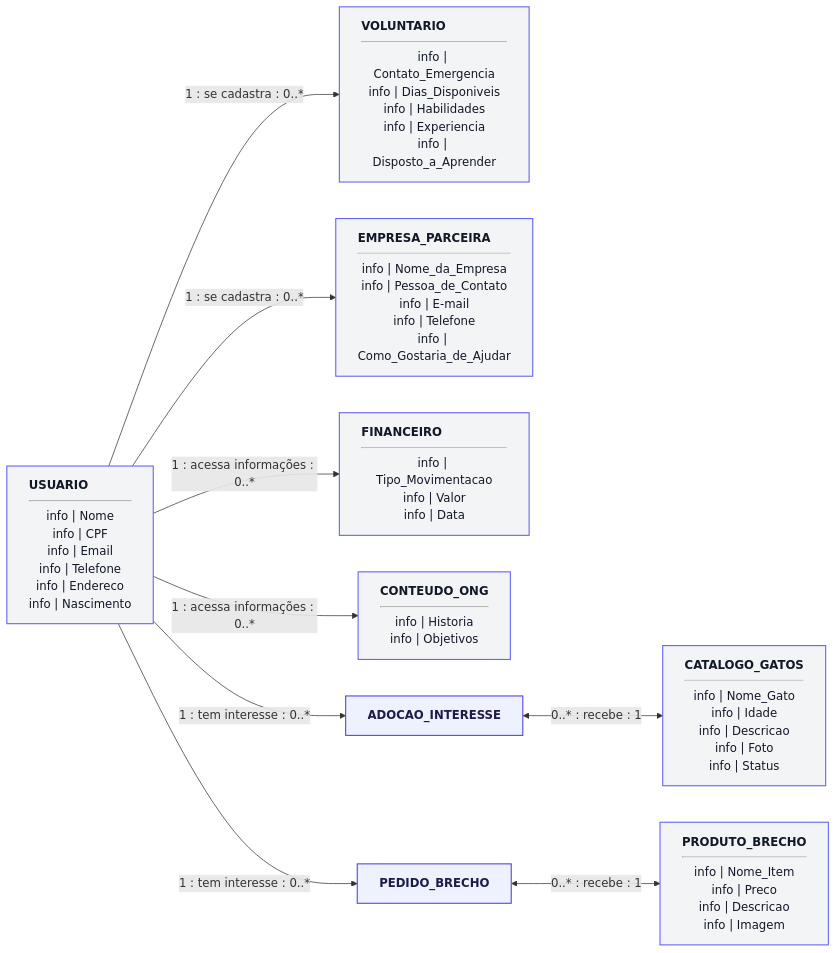
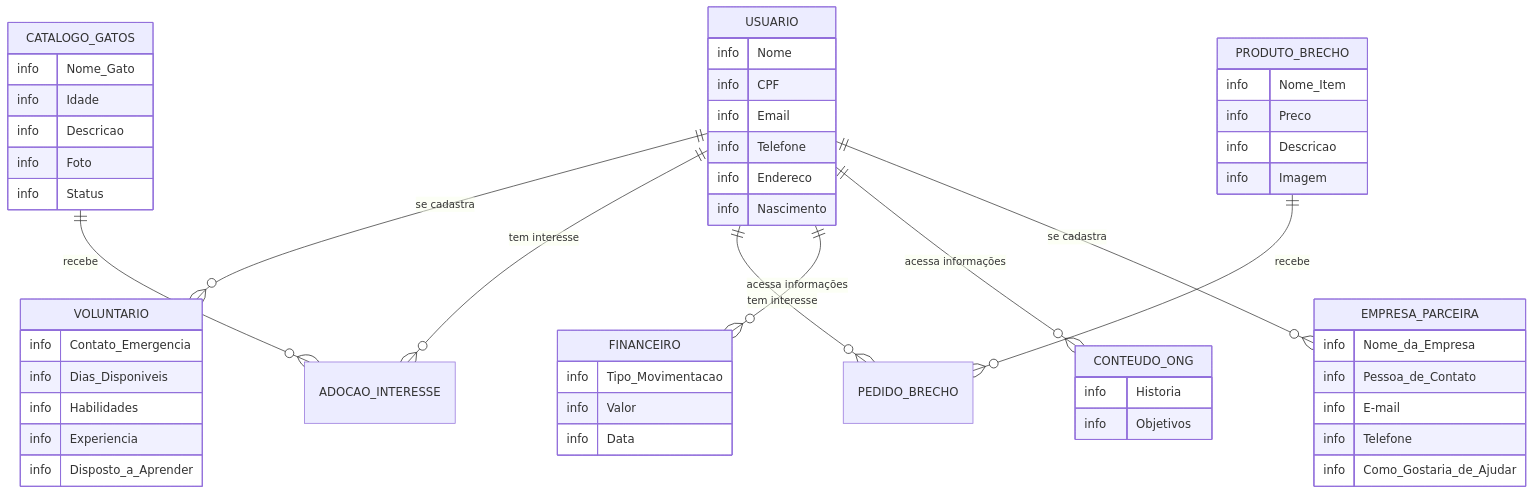
One commit to ligiaoliveira/Casa-dos-Gatos changed diagram 11 of 12 in README.md. Above: the diagram before and after it, drawn with Mermaid. The commit also changed other lines of this file, not shown here.

Commit message:
Update sequence diagrams and ER diagram in README

````diff
--- a/README.md
+++ b/README.md
@@ -497,38 +519,63 @@
 ```mermaid
-flowchart LR
-    classDef entidade fill:#f3f4f6,stroke:#6366f1,stroke-width:1.5px,color:#111827,text-align:left;
-    classDef associativa fill:#eef2ff,stroke:#4f46e5,stroke-width:1.5px,color:#1e1b4b,font-weight:bold;
+erDiagram
+    USUARIO ||--o{ VOLUNTARIO : "se cadastra"
+    USUARIO ||--o{ ADOCAO_INTERESSE : "tem interesse"
+    USUARIO ||--o{ PEDIDO_BRECHO : "tem interesse"
+    USUARIO ||--o{ FINANCEIRO : "acessa informações"
+    USUARIO ||--o{ CONTEUDO_ONG : "acessa informações"
+    USUARIO ||--o{ EMPRESA_PARCEIRA : "se cadastra"
+    
+    CATALOGO_GATOS ||--o{ ADOCAO_INTERESSE : "recebe"
+    PRODUTO_BRECHO ||--o{ PEDIDO_BRECHO : "recebe"
 
-    %% Entidade Principal à Esquerda
-    USUARIO["<b>USUARIO</b><hr/>info | Nome<br/>info | CPF<br/>info | Email<br/>info | Telefone<br/>info | Endereco<br/>info | Nascimento"]:::entidade
+    USUARIO {
+        info Nome
+        info CPF
+        info Email
+        info Telefone
+        info Endereco
+        info Nascimento
+    }
 
-    %% Entidades Derivadas no Centro (espalhadas horizontalmente)
-    VOLUNTARIO["<b>VOLUNTARIO</b><hr/>info | Contato_Emergencia<br/>info | Dias_Disponiveis<br/>info | Habilidades<br/>info | Experiencia<br/>info | Disposto_a_Aprender"]:::entidade
+    VOLUNTARIO {
+        info Contato_Emergencia
+        info Dias_Disponiveis
+        info Habilidades
+        info Experiencia
+        info Disposto_a_Aprender
+    }
 
-    EMPRESA_PARCEIRA["<b>EMPRESA_PARCEIRA</b><hr/>info | Nome_da_Empresa<br/>info | Pessoa_de_Contato<br/>info | E-mail<br/>info | Telefone<br/>info | Como_Gostaria_de_Ajudar"]:::entidade
+    CATALOGO_GATOS {
+        info Nome_Gato
+        info Idade
+        info Descricao
+        info Foto
+        info Status
+    }
 
-    FINANCEIRO["<b>FINANCEIRO</b><hr/>info | Tipo_Movimentacao<br/>info | Valor<br/>info | Data"]:::entidade
+    PRODUTO_BRECHO {
+        info Nome_Item
+        info Preco
+        info Descricao
+        info Imagem
+    }
 
-    CONTEUDO_ONG["<b>CONTEUDO_ONG</b><hr/>info | Historia<br/>info | Objetivos"]:::entidade
+    FINANCEIRO {
+        info Tipo_Movimentacao
+        info Valor
+        info Data
+    }
 
-    ADOCAO_INTERESSE["<b>ADOCAO_INTERESSE</b>"]:::associativa
-    PEDIDO_BRECHO["<b>PEDIDO_BRECHO</b>"]:::associativa
-
-    %% Catálogos à Direita
-    CATALOGO_GATOS["<b>CATALOGO_GATOS</b><hr/>info | Nome_Gato<br/>info | Idade<br/>info | Descricao<br/>info | Foto<br/>info | Status"]:::entidade
-
-    PRODUTO_BRECHO["<b>PRODUTO_BRECHO</b><hr/>info | Nome_Item<br/>info | Preco<br/>info | Descricao<br/>info | Imagem"]:::entidade
-
-    %% Relacionamentos Horizontais (1 para 0..N)
-    USUARIO -->|"1 : se cadastra : 0..*"| VOLUNTARIO
-    USUARIO -->|"1 : se cadastra : 0..*"| EMPRESA_PARCEIRA
-    USUARIO -->|"1 : acessa informações : 0..*"| FINANCEIRO
-    USUARIO -->|"1 : acessa informações : 0..*"| CONTEUDO_ONG
-
-    %% Relacionamentos Horizontais N:N via Associativas
-    USUARIO -->|"1 : tem interesse : 0..*"| ADOCAO_INTERESSE
-    ADOCAO_INTERESSE <-->|"0..* : recebe : 1"| CATALOGO_GATOS
-
-    USUARIO -->|"1 : tem interesse : 0..*"| PEDIDO_BRECHO
-    PEDIDO_BRECHO <-->|"0..* : recebe : 1"| PRODUTO_BRECHO
+    CONTEUDO_ONG {
+        info Historia
+        info Objetivos
+    }
+    
+    EMPRESA_PARCEIRA {
+        info Nome_da_Empresa
+        info Pessoa_de_Contato
+        info E-mail
+        info Telefone
+        info Como_Gostaria_de_Ajudar
+    }
 ```
````
